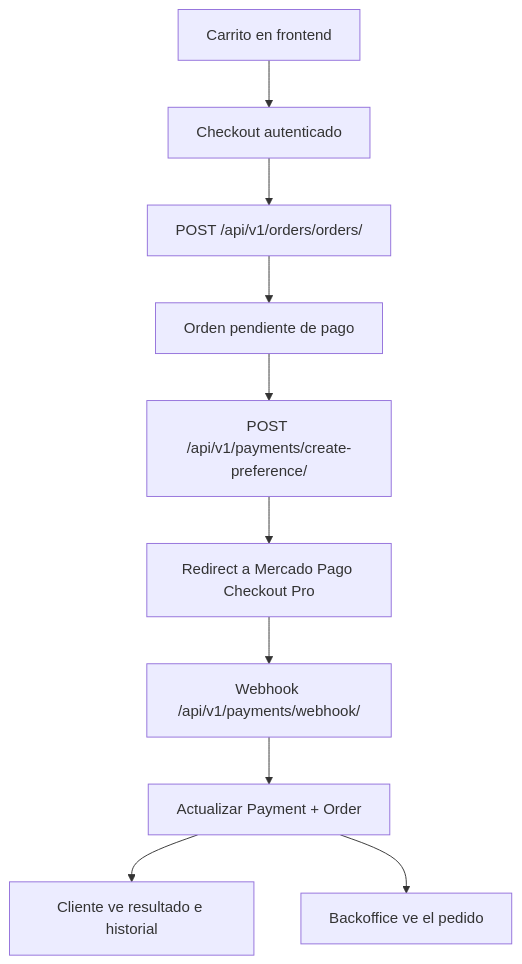
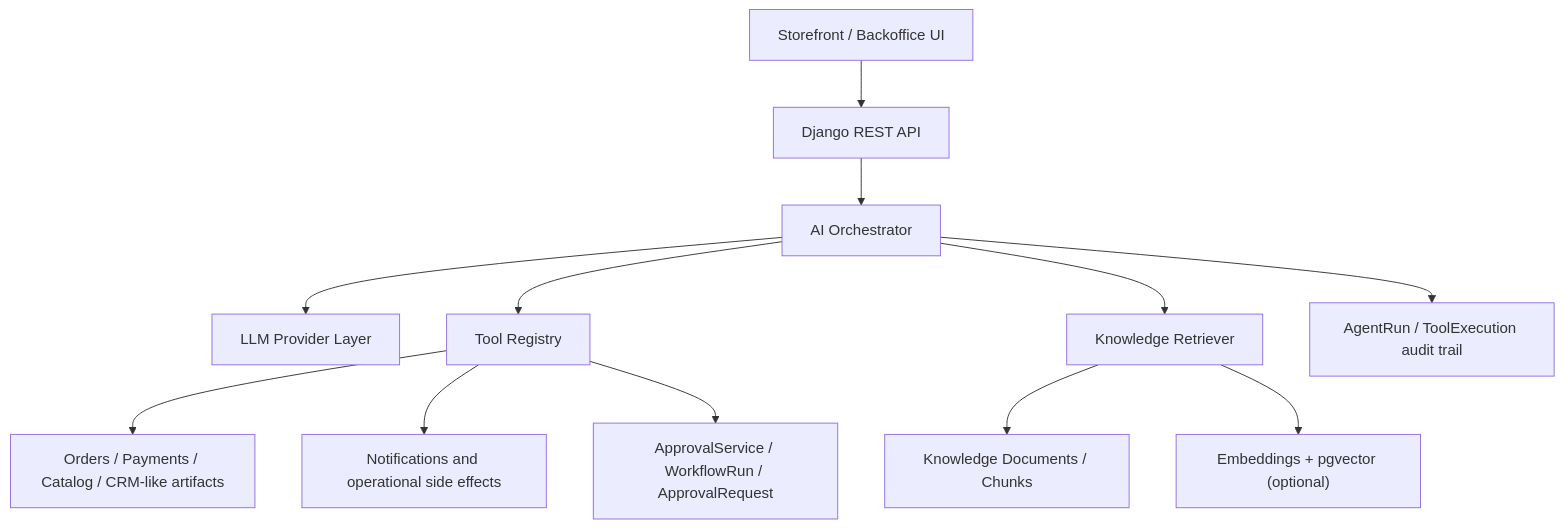
The first of 3 diagrams in README.md (villegasbraulio/La-Abeja), drawn with Mermaid before and after one commit. The commit also changed other lines of this file and 12 other files, not shown here.

````diff
--- a/README.md
+++ b/README.md
@@ -145,12 +170,14 @@
 ```mermaid
 flowchart TD
-    A["Carrito en frontend"] --> B["Checkout autenticado"]
-    B --> C["POST /api/v1/orders/orders/"]
-    C --> D["Orden pendiente de pago"]
-    D --> E["POST /api/v1/payments/create-preference/"]
-    E --> F["Redirect a Mercado Pago Checkout Pro"]
-    F --> G["Webhook /api/v1/payments/webhook/"]
-    G --> H["Actualizar Payment + Order"]
-    H --> I["Cliente ve resultado e historial"]
-    H --> J["Backoffice ve el pedido"]
+    A["Storefront / Backoffice UI"] --> B["Django REST API"]
+    B --> C["AI Orchestrator"]
+    C --> D["LLM Provider Layer"]
+    C --> E["Tool Registry"]
+    C --> F["Knowledge Retriever"]
+    F --> G["Knowledge Documents / Chunks"]
+    F --> H["Embeddings + pgvector (optional)"]
+    E --> I["Orders / Payments / Catalog / CRM-like artifacts"]
+    E --> J["Notifications and operational side effects"]
+    C --> K["AgentRun / ToolExecution audit trail"]
+    E --> L["ApprovalService / WorkflowRun / ApprovalRequest"]
 ```
````
